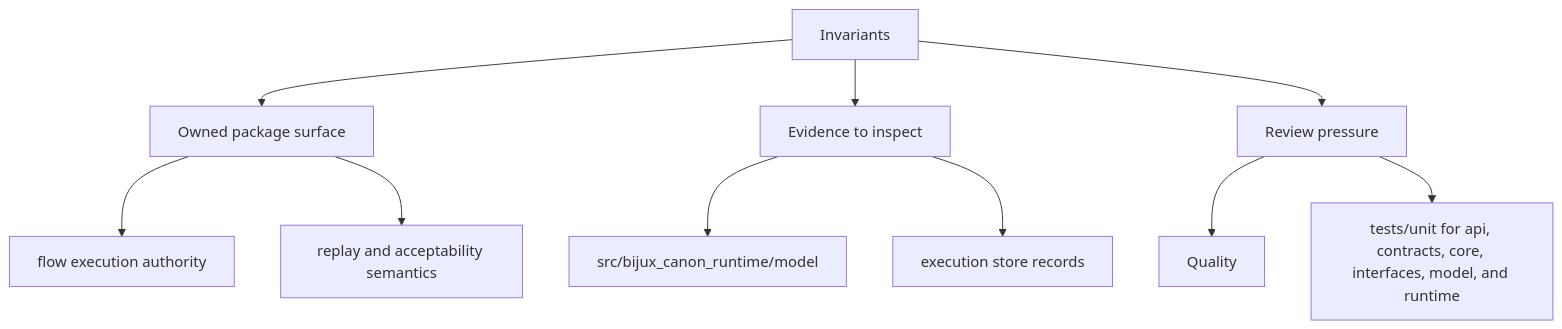
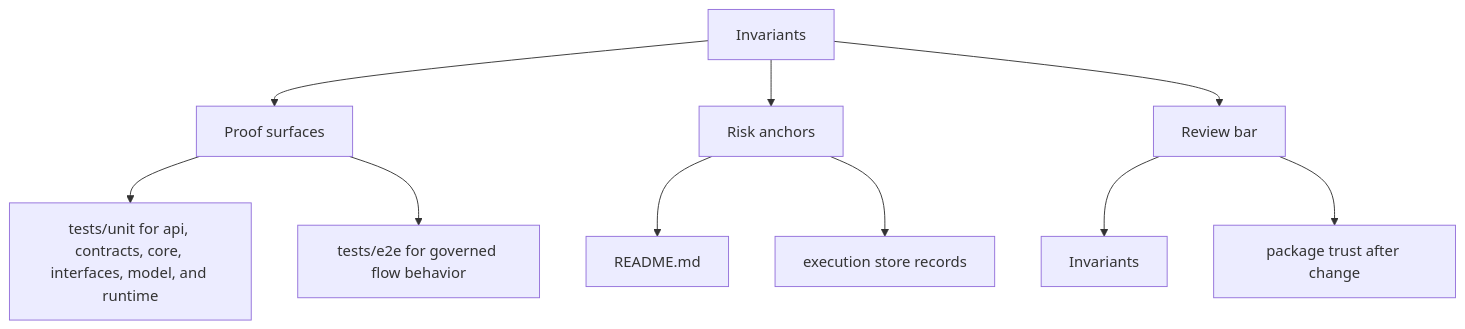
Before and after one commit to bijux/bijux-canon: the second of 2 diagrams in docs/bijux-canon-runtime/quality/invariants.md, drawn with Mermaid. The commit also changed other lines of this file and 250 other files, not shown here.

Commit message:
docs(diagrams): make product page maps more readable

````diff
--- a/docs/bijux-canon-runtime/quality/invariants.md
+++ b/docs/bijux-canon-runtime/quality/invariants.md
@@ -34,22 +34,22 @@
 ```mermaid
 flowchart TD
     page["Invariants"]
-    focus1["Owned package surface"]
+    focus1["Proof surfaces"]
     page --> focus1
-    focus1_1["flow execution authority"]
+    focus1_1["tests/unit for api, contracts, core, interfaces, model, and runtime"]
     focus1 --> focus1_1
-    focus1_2["replay and acceptability semantics"]
+    focus1_2["tests/e2e for governed flow behavior"]
     focus1 --> focus1_2
-    focus2["Evidence to inspect"]
+    focus2["Risk anchors"]
     page --> focus2
-    focus2_1["src/bijux_canon_runtime/model"]
+    focus2_1["README.md"]
     focus2 --> focus2_1
     focus2_2["execution store records"]
     focus2 --> focus2_2
-    focus3["Review pressure"]
+    focus3["Review bar"]
     page --> focus3
-    focus3_1["Quality"]
+    focus3_1["Invariants"]
     focus3 --> focus3_1
-    focus3_2["tests/unit for api, contracts, core, interfaces, model, and runtime"]
+    focus3_2["package trust after change"]
     focus3 --> focus3_2
 ```
````
